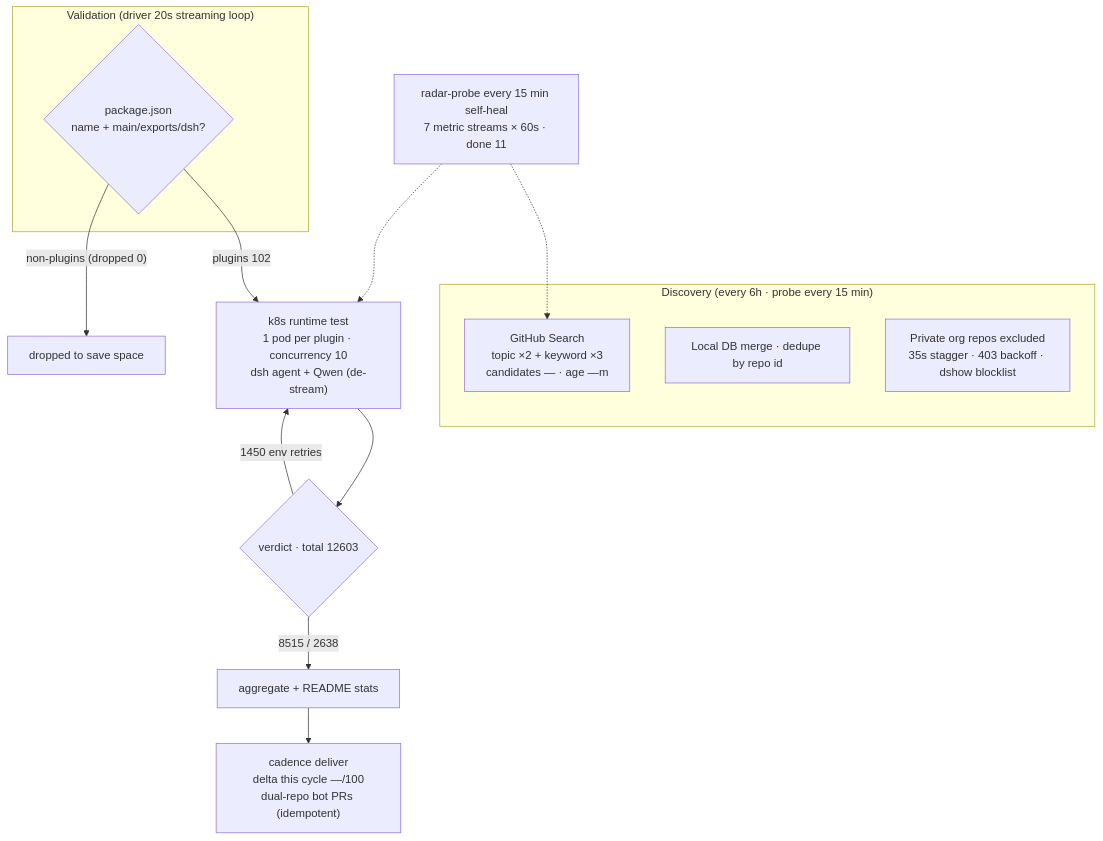
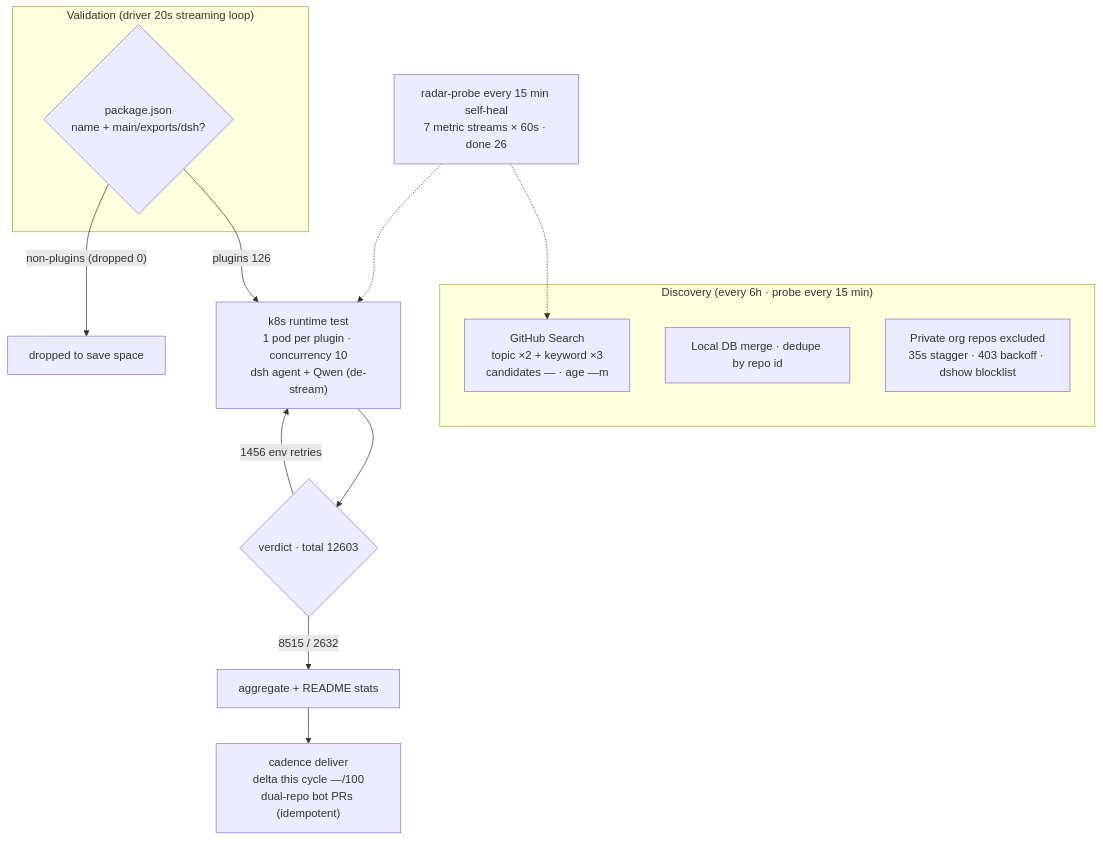
The diagram in README.en-US.md (AdamPlatin123/awesome-dsh-plugins), drawn with Mermaid before and after one commit. The commit also changed other lines of this file and 5 other files, not shown here.

````diff
--- a/README.en-US.md
+++ b/README.en-US.md
@@ -45,20 +45,20 @@
 ```mermaid
 flowchart TB
     subgraph Discovery["Discovery (every 6h · probe every 15 min)"]
         A1["GitHub Search<br/>topic ×2 + keyword ×3<br/>candidates — · age —m"]
         A2["Local DB merge · dedupe by repo id"]
         A3["Private org repos excluded<br/>35s stagger · 403 backoff · dshow blocklist"]
     end
     subgraph Validation["Validation (driver 20s streaming loop)"]
         B1{"package.json<br/>name + main/exports/dsh?"}
     end
-    B1 -->|"plugins 102"| C1["k8s runtime test<br/>1 pod per plugin · concurrency 10<br/>dsh agent + Qwen (de-stream)"]
+    B1 -->|"plugins 126"| C1["k8s runtime test<br/>1 pod per plugin · concurrency 10<br/>dsh agent + Qwen (de-stream)"]
     B1 -->|"non-plugins (dropped 0)"| B3["dropped to save space"]
     C1 --> D1{"verdict · total 12603"}
-    D1 -->|"8515 / 2638"| E1["aggregate + README stats"]
-    D1 -->|"1450 env retries"| C1
+    D1 -->|"8515 / 2632"| E1["aggregate + README stats"]
+    D1 -->|"1456 env retries"| C1
     E1 --> E2["cadence deliver<br/>delta this cycle —/100<br/>dual-repo bot PRs (idempotent)"]
-    M["radar-probe every 15 min self-heal<br/>7 metric streams × 60s · done 11"]
+    M["radar-probe every 15 min self-heal<br/>7 metric streams × 60s · done 26"]
     M -.-> A1
     M -.-> C1
 ```
````
